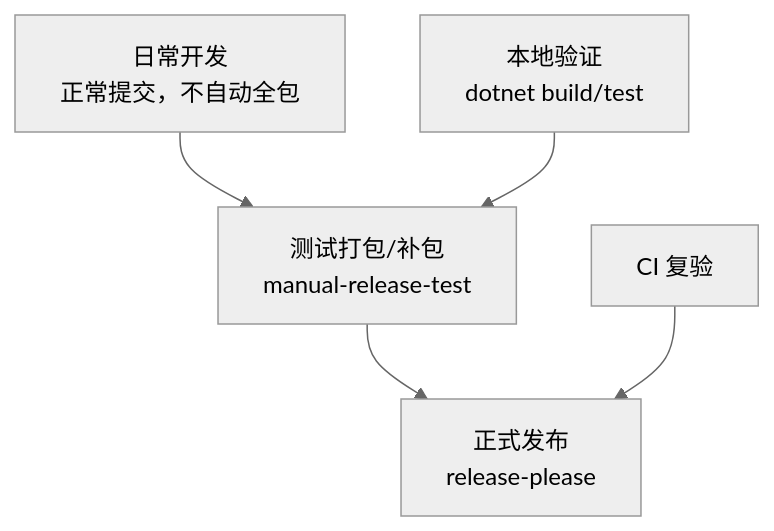
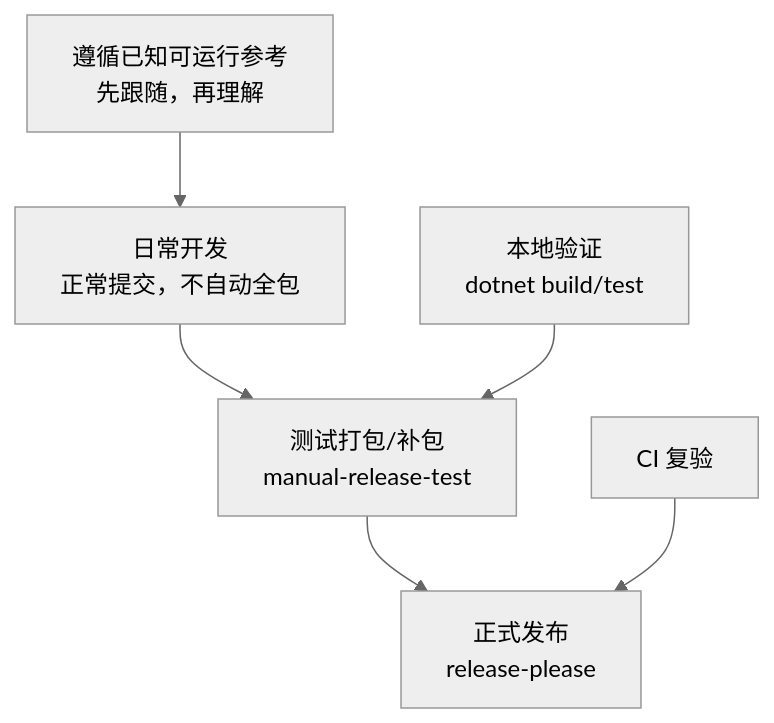
Before and after one commit to terwer/autojs6-dev-tools: the ninth of 9 diagrams in .qoder/repowiki/zh/content/开发指南/开发指南.md, drawn with Mermaid (neutral theme). The commit also changed other lines of this file and 16 other files, not shown here.

````diff
--- a/.qoder/repowiki/zh/content/开发指南/开发指南.md
+++ b/.qoder/repowiki/zh/content/开发指南/开发指南.md
@@ -488,7 +538,8 @@
 ```mermaid
 flowchart TD
 A["日常开发<br/>正常提交，不自动全包"] --> B["测试打包/补包<br/>manual-release-test"]
 B --> C["正式发布<br/>release-please"]
 D["本地验证<br/>dotnet build/test"] --> B
 E["CI 复验"] --> C
+F["遵循已知可运行参考<br/>先跟随，再理解"] --> A
 ```
````
